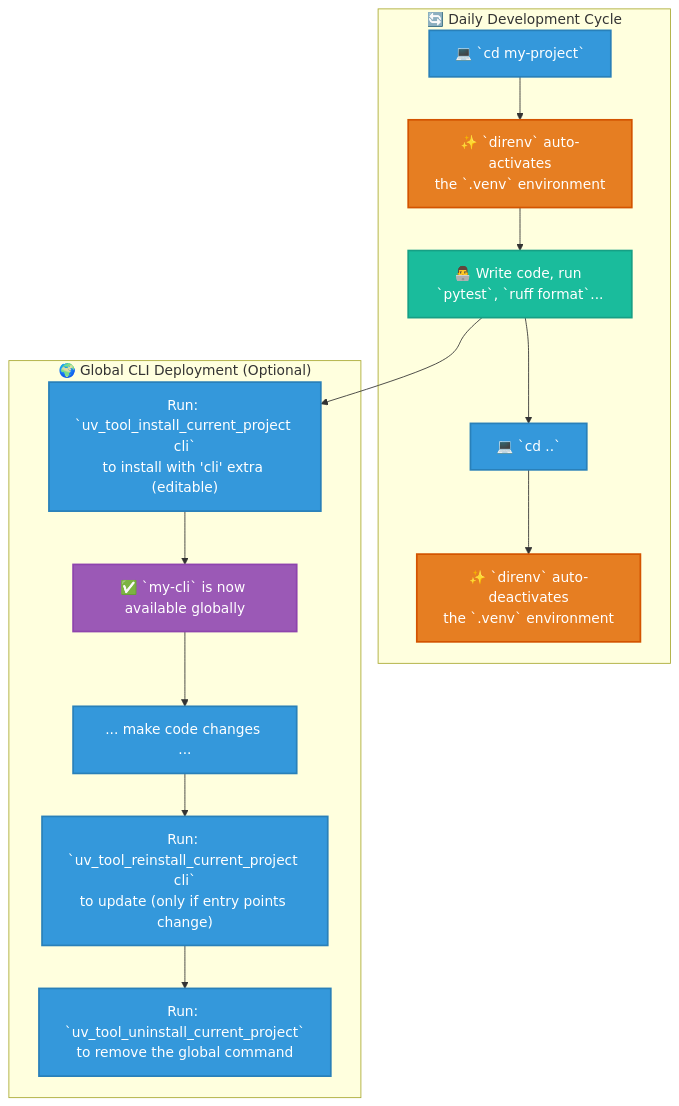
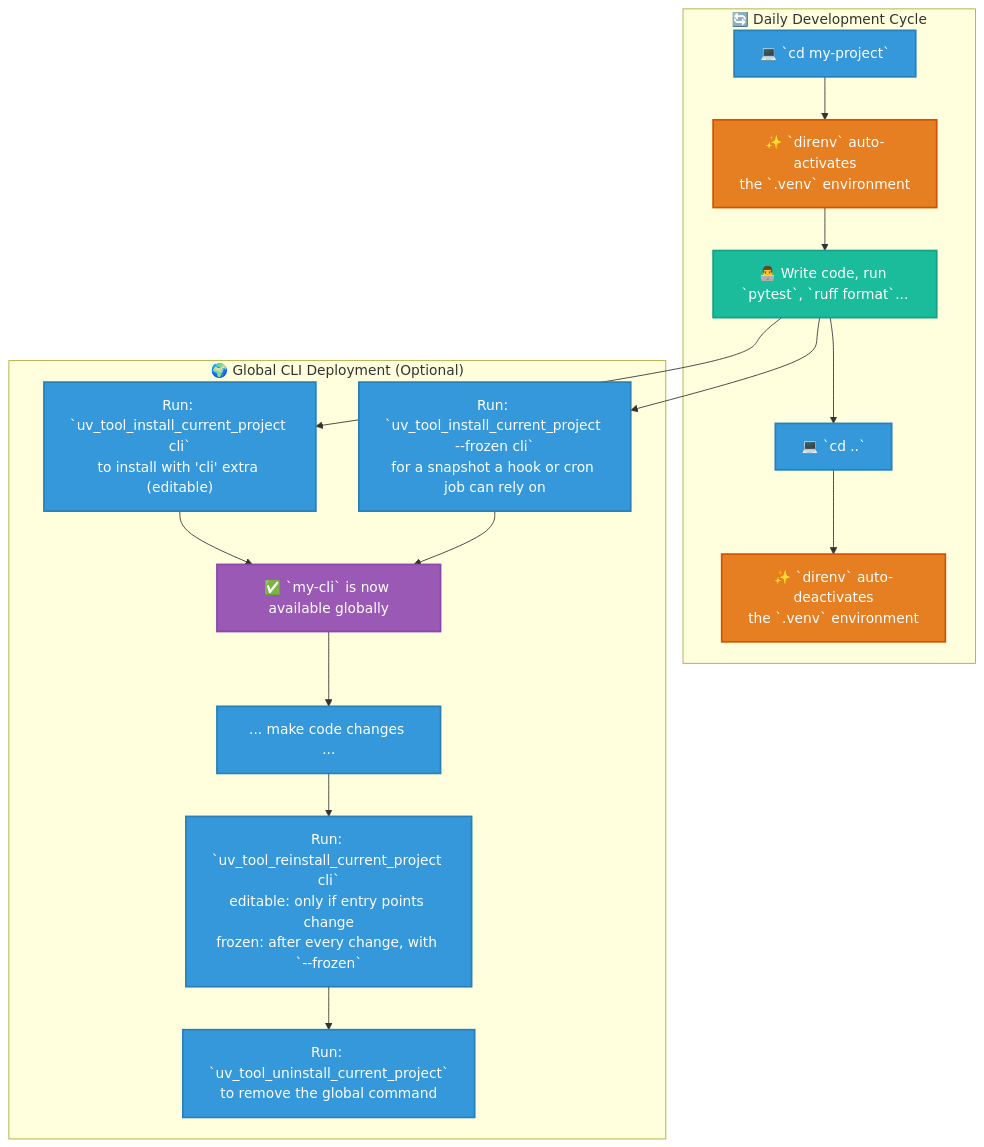
Before and after one commit to CaptainCodeAU/fifty-shades-of-dotfiles: the fourth of 4 diagrams in README.md, drawn with Mermaid. The commit also changed other lines of this file, not shown here.

First line of the commit message:
docs(readme): document --frozen and the EDITABLE/FROZEN/REGISTRY modes

````diff
--- a/README.md
+++ b/README.md
@@ -406,28 +444,30 @@
 ```mermaid
 graph TD
     subgraph "🔄 Daily Development Cycle"
         A["💻 `cd my-project`"] --> B
         B["✨ `direnv` auto-activates<br>the `.venv` environment"]
         B --> C["👨‍💻 Write code, run `pytest`, `ruff format`..."]
         C --> D["💻 `cd ..`"]
         D --> E["✨ `direnv` auto-deactivates<br>the `.venv` environment"]
     end
 
     subgraph "🌍 Global CLI Deployment (Optional)"
         C --> F["Run: `uv_tool_install_current_project cli`<br>to install with 'cli' extra (editable)"]
+        C --> K["Run: `uv_tool_install_current_project --frozen cli`<br>for a snapshot a hook or cron job can rely on"]
         F --> G["✅ `my-cli` is now available globally"]
+        K --> G
         G --> H["... make code changes ..."]
-        H --> I["Run: `uv_tool_reinstall_current_project cli`<br>to update (only if entry points change)"]
+        H --> I["Run: `uv_tool_reinstall_current_project cli`<br>editable: only if entry points change<br>frozen: after every change, with `--frozen`"]
         I --> J["Run: `uv_tool_uninstall_current_project`<br>to remove the global command"]
     end
 
     classDef userAction fill:#3498db,stroke:#2980b9,stroke-width:2px,color:white;
     classDef tool fill:#e67e22,stroke:#d35400,stroke-width:2px,color:white;
     classDef devLoop fill:#1abc9c,stroke:#16a085,stroke-width:2px,color:white;
     classDef result fill:#9b59b6,stroke:#8e44ad,stroke-width:2px,color:white;
 
-    class A,D,F,H,I,J userAction;
+    class A,D,F,H,I,J,K userAction;
     class B,E tool;
     class C devLoop;
     class G result;
 ```
````
